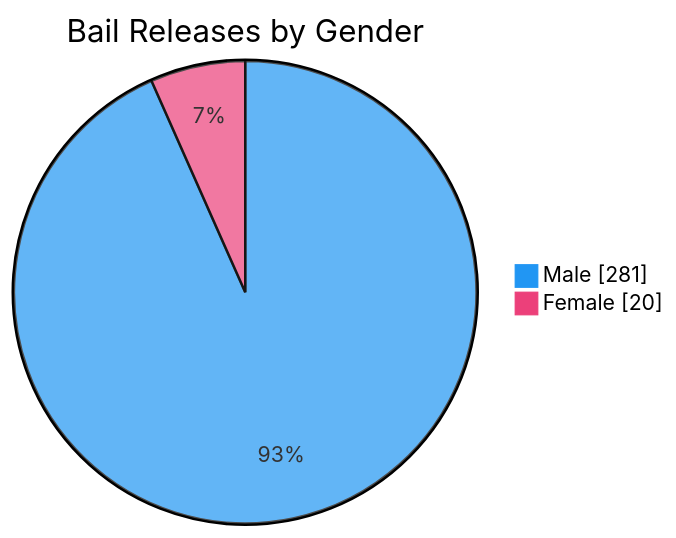
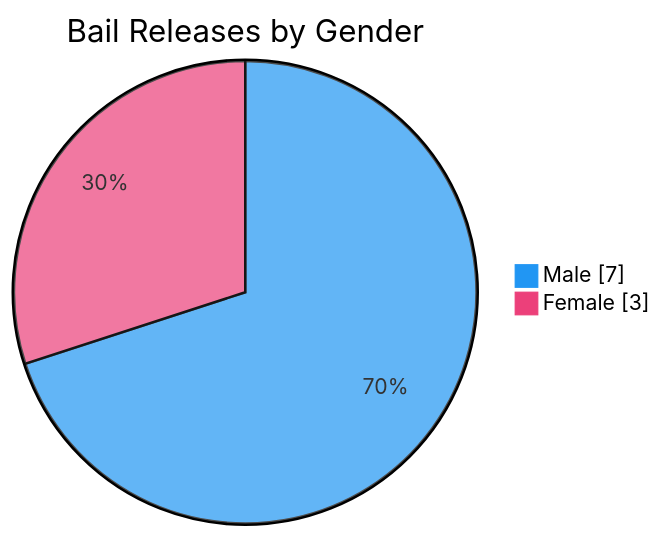
One commit to nuuuwan/lk_prisons changed the seventh of 7 diagrams in README.md. Above: the diagram before and after it, drawn with Mermaid. The commit also changed other lines of this file and 1 other file, not shown here.

````diff
--- a/README.md
+++ b/README.md
@@ -109,6 +109,6 @@
 ```mermaid
 %%{init: {'themeVariables': {'pie1': '#2196F3', 'pie2': '#EC407A'}}}%%
 pie showData title Bail Releases by Gender
-    "Male" : 281
-    "Female" : 20
+    "Male" : 7
+    "Female" : 3
 ```
````
